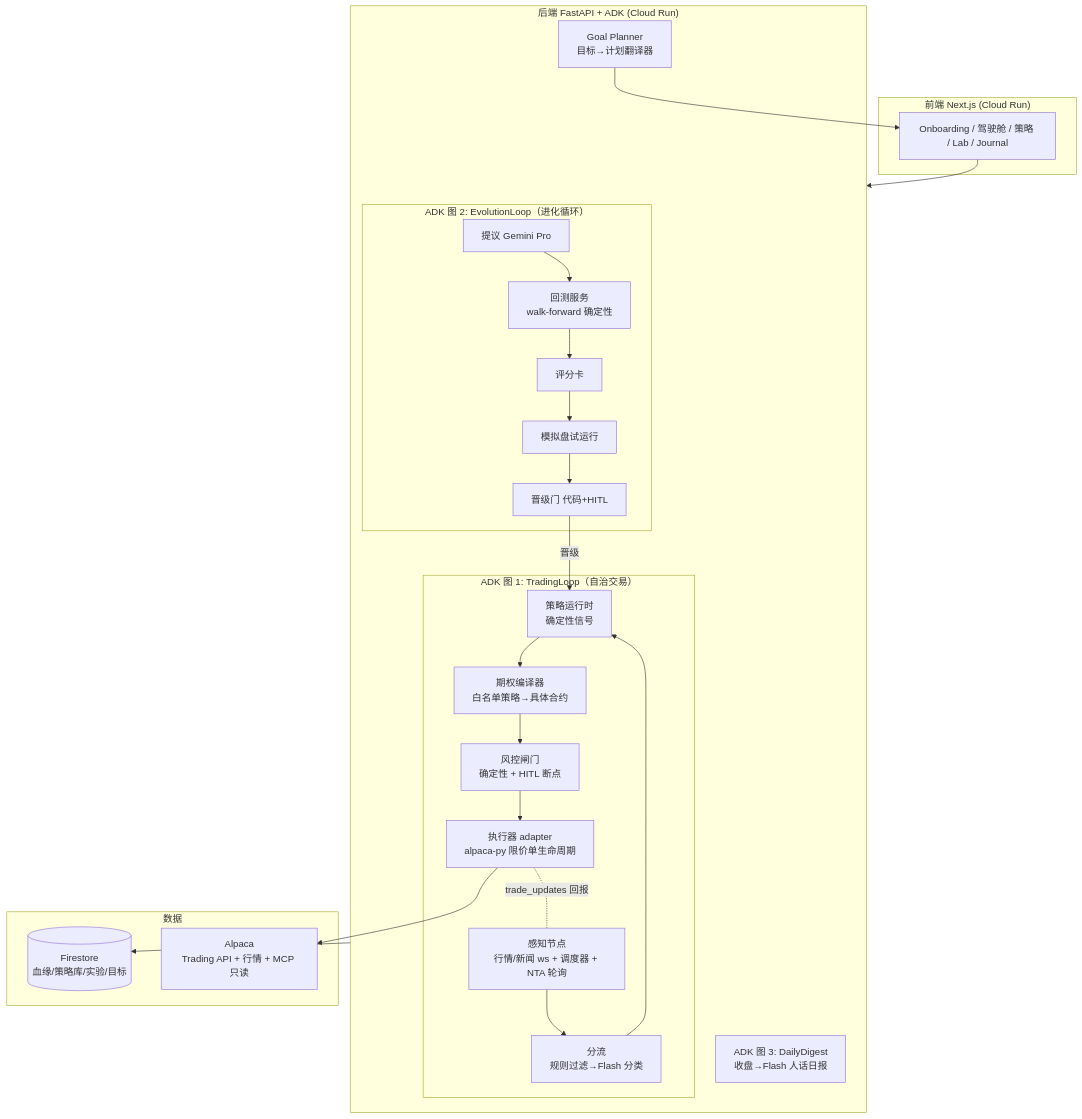
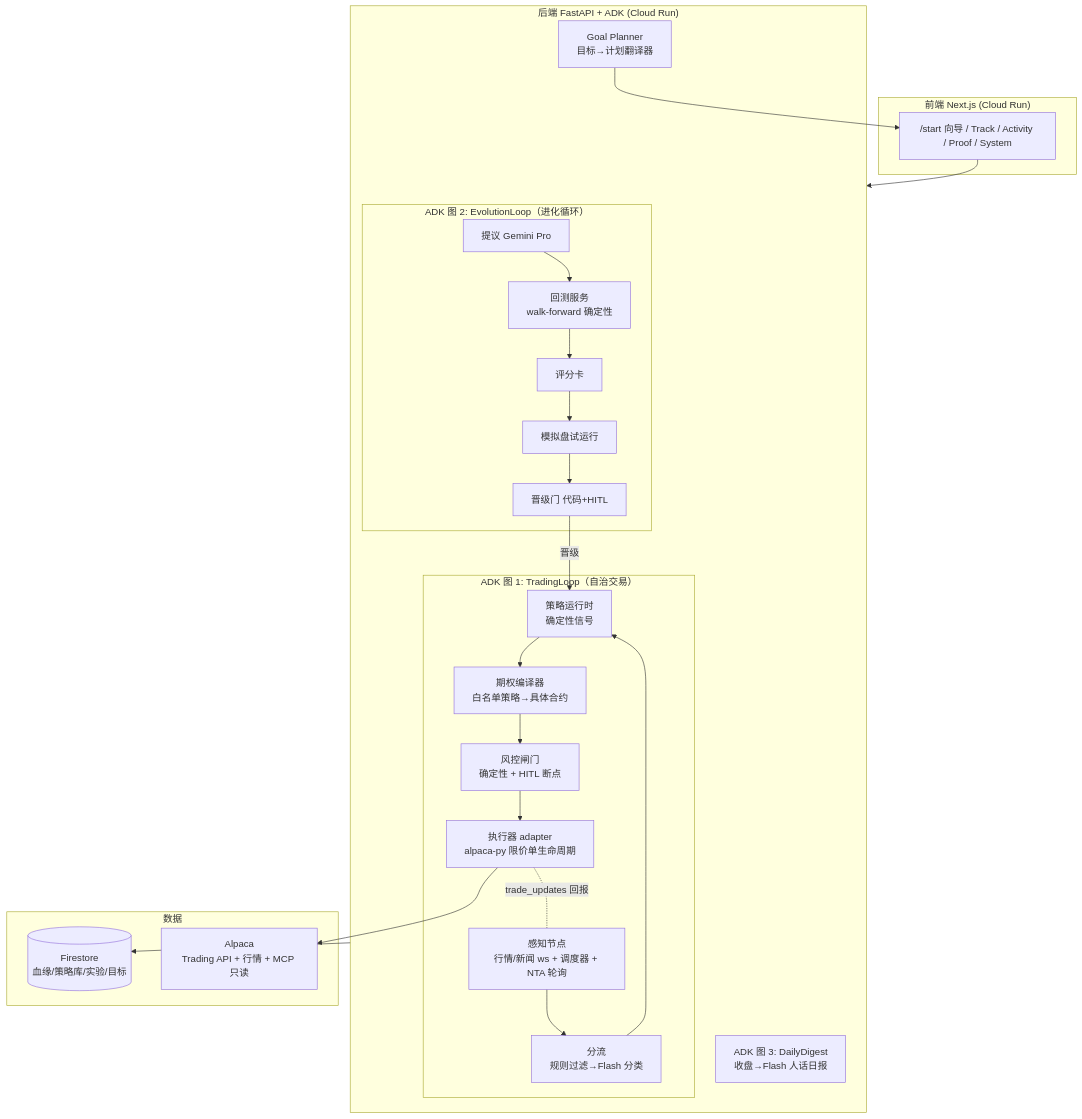
The diagram in docs/TECH.md (w2112515/northstar), drawn with Mermaid before and after one commit. The commit also changed other lines of this file and 13 other files, not shown here.

````diff
--- a/docs/TECH.md
+++ b/docs/TECH.md
@@ -18,36 +18,36 @@
 ```mermaid
 flowchart TB
     subgraph FE["前端 Next.js (Cloud Run)"]
-        UI["Onboarding / 驾驶舱 / 策略 / Lab / Journal"]
+        UI["/start 向导 / Track / Activity / Proof / System"]
     end
     subgraph BE["后端 FastAPI + ADK (Cloud Run)"]
         subgraph LOOP1["ADK 图 1: TradingLoop（自治交易）"]
             PER["感知节点<br/>行情/新闻 ws + 调度器 + NTA 轮询"]
             TRI["分流<br/>规则过滤→Flash 分类"]
             SIG["策略运行时<br/>确定性信号"]
             COMP["期权编译器<br/>白名单策略→具体合约"]
             GATE["风控闸门<br/>确定性 + HITL 断点"]
             EXE["执行器 adapter<br/>alpaca-py 限价单生命周期"]
         end
         subgraph LOOP2["ADK 图 2: EvolutionLoop（进化循环）"]
             PRO["提议 Gemini Pro"]
             BT["回测服务<br/>walk-forward 确定性"]
             SCORE["评分卡"]
             TRIAL["模拟盘试运行"]
             PROM["晋级门 代码+HITL"]
         end
         LOOP3["ADK 图 3: DailyDigest<br/>收盘→Flash 人话日报"]
         GP["Goal Planner<br/>目标→计划翻译器"]
     end
     subgraph DATA["数据"]
         FS[("Firestore<br/>血缘/策略库/实验/目标")]
         ALP["Alpaca<br/>Trading API + 行情 + MCP 只读"]
     end
     UI --> BE
     PER --> TRI --> SIG --> COMP --> GATE --> EXE --> ALP
     PRO --> BT --> SCORE --> TRIAL --> PROM
     PROM -->|晋级| SIG
     GP --> UI
     BE --> FS
     EXE -.trade_updates 回报.- PER
 ```
````
